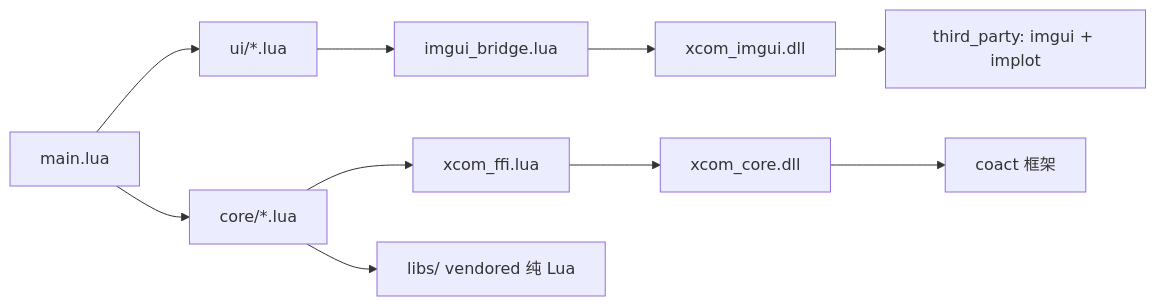
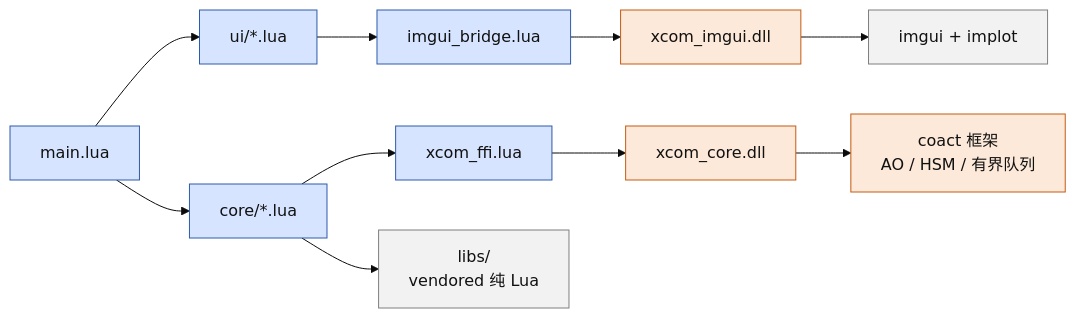
One commit to DeguiLiu/xcom_lua changed the second of 2 diagrams in README_zh.md. Above: the diagram before and after it, drawn with Mermaid. The commit also changed other lines of this file and 19 other files, not shown here.

````diff
--- a/README_zh.md
+++ b/README_zh.md
@@ -26,10 +31,15 @@
 ```mermaid
+%%{init: {'theme':'base','themeVariables':{'fontFamily':'monospace'}}}%%
 flowchart LR
-  MAIN["main.lua"] --> UI["ui/*.lua"]
-  MAIN --> CORE["core/*.lua"]
-  UI --> BR["imgui_bridge.lua"] --> IMGDLL["xcom_imgui.dll"]
-  CORE --> FFI["xcom_ffi.lua"] --> COREDLL["xcom_core.dll"]
-  COREDLL --> COACT["coact 框架"]
-  IMGDLL --> VEND["third_party: imgui + implot"]
-  CORE --> LIBS["libs/ vendored 纯 Lua"]
+  classDef lua fill:#D6E4FF,stroke:#2E5AAC,color:#111
+  classDef cpp fill:#FDE9D9,stroke:#C55A11,color:#111
+  classDef ext fill:#F2F2F2,stroke:#7F7F7F,color:#111
+
+  MAIN["main.lua"]:::lua --> UI["ui/*.lua"]:::lua
+  MAIN --> CORE["core/*.lua"]:::lua
+  UI --> BR["imgui_bridge.lua"]:::lua --> IMGDLL["xcom_imgui.dll"]:::cpp
+  CORE --> FFI["xcom_ffi.lua"]:::lua --> COREDLL["xcom_core.dll"]:::cpp
+  IMGDLL --> VEND["imgui + implot"]:::ext
+  COREDLL --> COACT["coact 框架<br/>AO / HSM / 有界队列"]:::cpp
+  CORE --> LIBS["libs/<br/>vendored 纯 Lua"]:::ext
 ```
````
